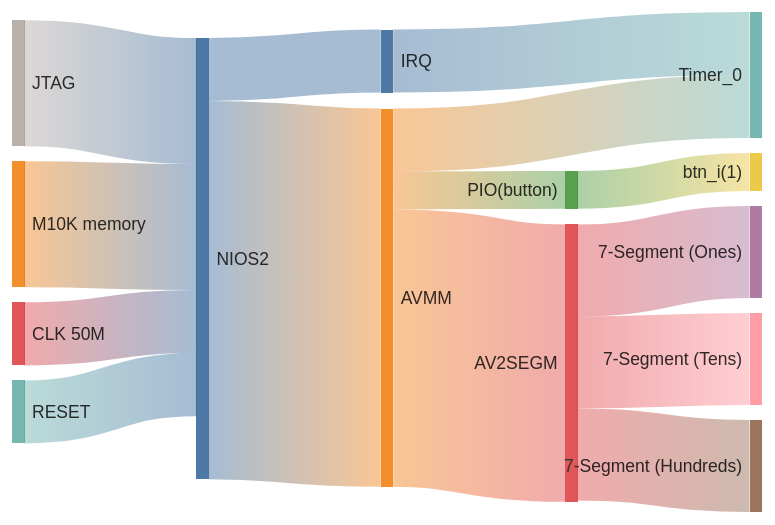
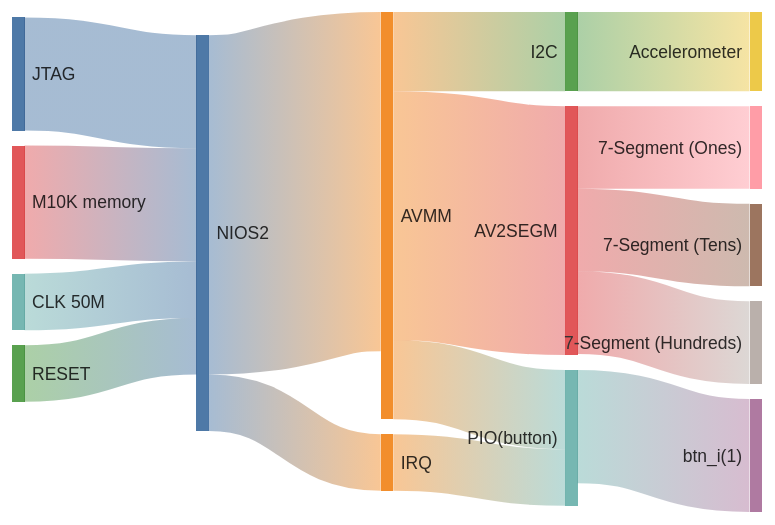
One commit to ESN2025/GEOFFRE_Project changed the first of 2 diagrams in readme.md. Above: the diagram before and after it, drawn with Mermaid. The commit also changed other lines of this file and 1 other file, not shown here.

````diff
--- a/readme.md
+++ b/readme.md
@@ -40,22 +40,23 @@
 ```mermaid
 ---
 config:
   sankey:
     showValues: false
 ---
 sankey-beta
 NIOS2, AVMM, 0.3
 AVMM, AV2SEGM, 0.22
-AVMM, Timer_0, 0.05
-AVMM, PIO(button), 0.03
-PIO(button), btn_i(1), 0.03
+AVMM, PIO(button), 0.07
+AVMM, I2C, 0.07
+I2C, Accelerometer, 0.07
+PIO(button), btn_i(1), 0.1
 AV2SEGM, 7-Segment (Ones), 0.073
 AV2SEGM, 7-Segment (Tens), 0.073
 AV2SEGM, 7-Segment (Hundreds), 0.073
 JTAG, NIOS2, 0.1
 NIOS2, IRQ, 0.05
-IRQ, Timer_0, 0.05
+IRQ, PIO(button), 0.05
 M10K memory, NIOS2, 0.1
 CLK 50M, NIOS2, 0.05
 RESET, NIOS2, 0.05
 ```
````
